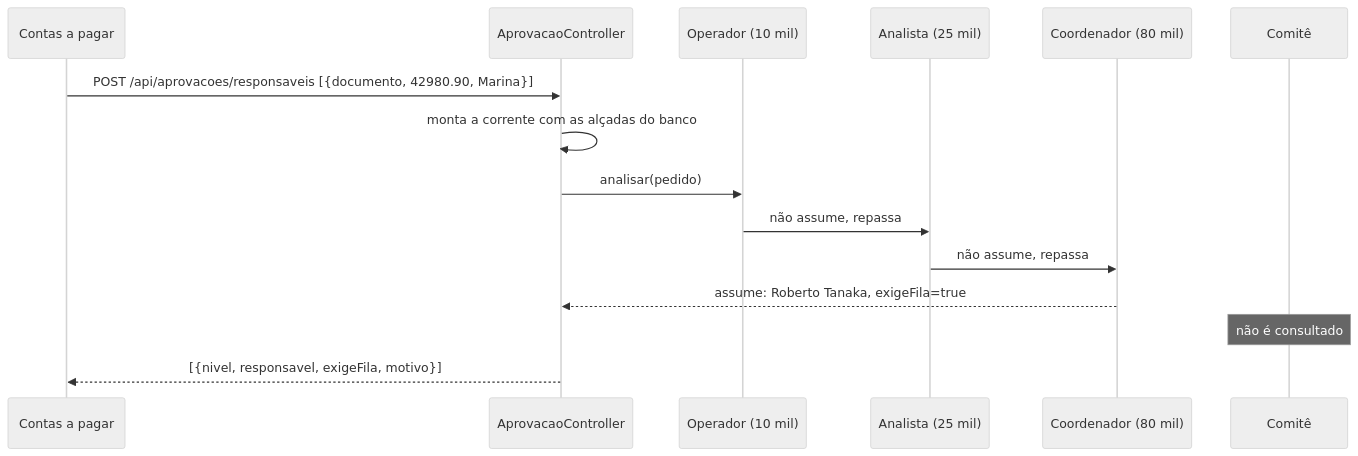
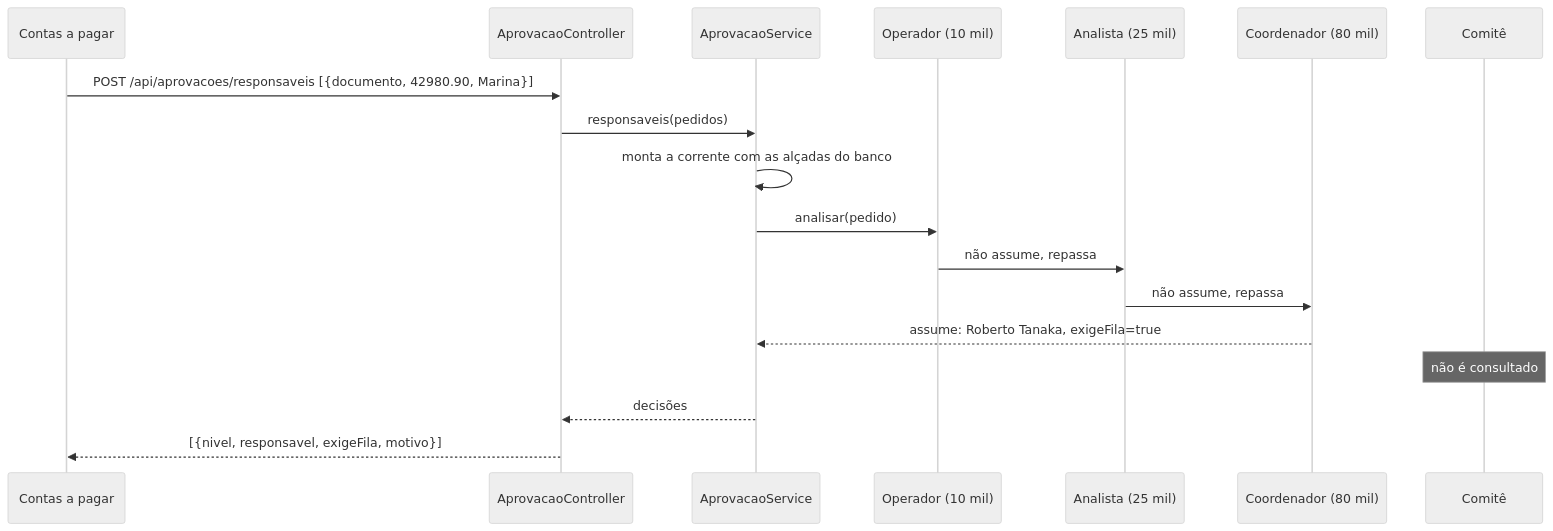
The sixth of 7 diagrams in README.md (g-celente/core-conta-flow), drawn with Mermaid (neutral theme) before and after one commit. The commit also changed other lines of this file and 183 other files, not shown here.

````diff
--- a/README.md
+++ b/README.md
@@ -425,17 +448,20 @@
 ```mermaid
 sequenceDiagram
     participant T as Contas a pagar
     participant C as AprovacaoController
+    participant S as AprovacaoService
     participant Op as Operador (10 mil)
     participant An as Analista (25 mil)
     participant Co as Coordenador (80 mil)
     participant Cm as Comitê
     T->>C: POST /api/aprovacoes/responsaveis [{documento, 42980.90, Marina}]
-    C->>C: monta a corrente com as alçadas do banco
-    C->>Op: analisar(pedido)
+    C->>S: responsaveis(pedidos)
+    S->>S: monta a corrente com as alçadas do banco
+    S->>Op: analisar(pedido)
     Op->>An: não assume, repassa
     An->>Co: não assume, repassa
-    Co-->>C: assume: Roberto Tanaka, exigeFila=true
+    Co-->>S: assume: Roberto Tanaka, exigeFila=true
     Note over Cm: não é consultado
+    S-->>C: decisões
     C-->>T: [{nivel, responsavel, exigeFila, motivo}]
 ```
````
